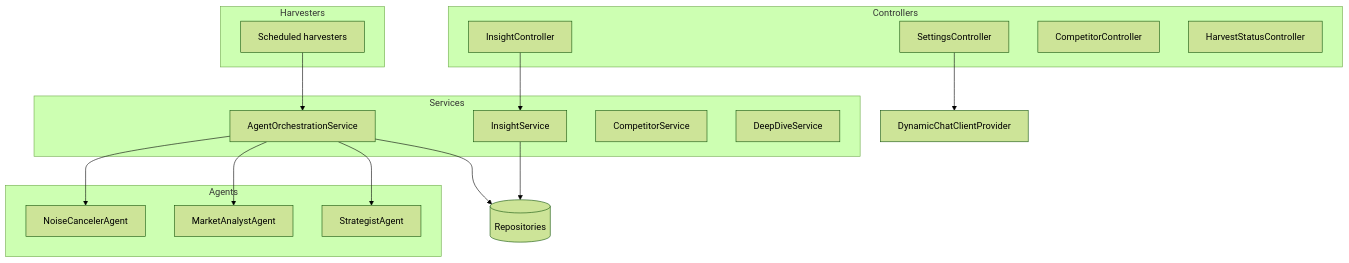
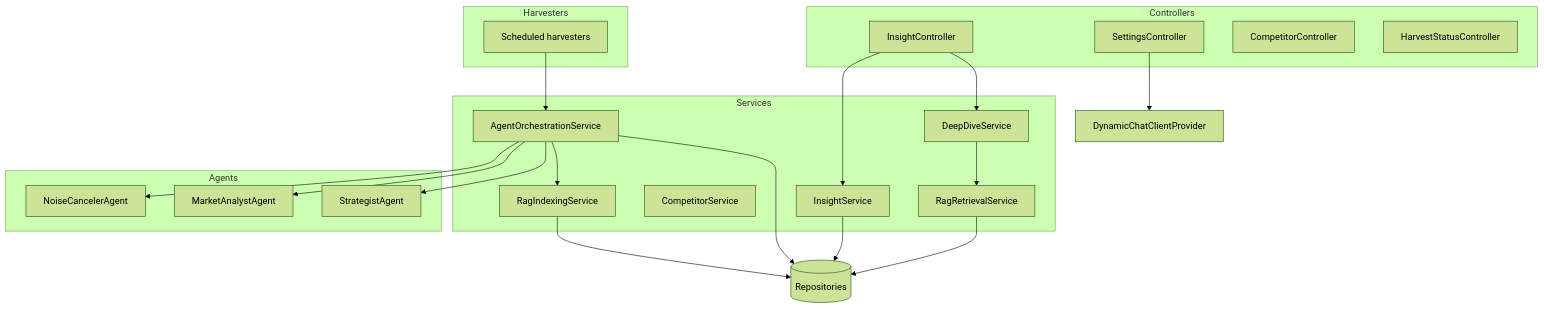
The third of 7 diagrams in README.md (vishtechie07/aegis-intelligence-dashboard), drawn with Mermaid (forest theme) before and after one commit. The commit also changed other lines of this file, not shown here.

First line of the commit message:
docs: align README intro and architecture with RAG capabilities

````diff
--- a/README.md
+++ b/README.md
@@ -162,35 +169,42 @@
 ```mermaid
 flowchart TB
   subgraph Controllers
     IC[InsightController]
     SC[SettingsController]
     CC[CompetitorController]
     HC[HarvestStatusController]
   end
 
   subgraph Services
     AOS[AgentOrchestrationService]
     IS[InsightService]
     CS[CompetitorService]
     DS[DeepDiveService]
+    RIS[RagIndexingService]
+    RRS[RagRetrievalService]
   end
 
   subgraph Agents
     NC[NoiseCancelerAgent]
     MA[MarketAnalystAgent]
     ST[StrategistAgent]
   end
 
   subgraph Harvesters
     HSET[Scheduled harvesters]
   end
 
   IC --> IS
+  IC --> DS
   SC --> DCP[DynamicChatClientProvider]
   AOS --> NC
   AOS --> MA
   AOS --> ST
+  AOS --> RIS
+  DS --> RRS
   HSET --> AOS
   IS --> PG[(Repositories)]
   AOS --> PG
+  RIS --> PG
+  RRS --> PG
 ```
````
